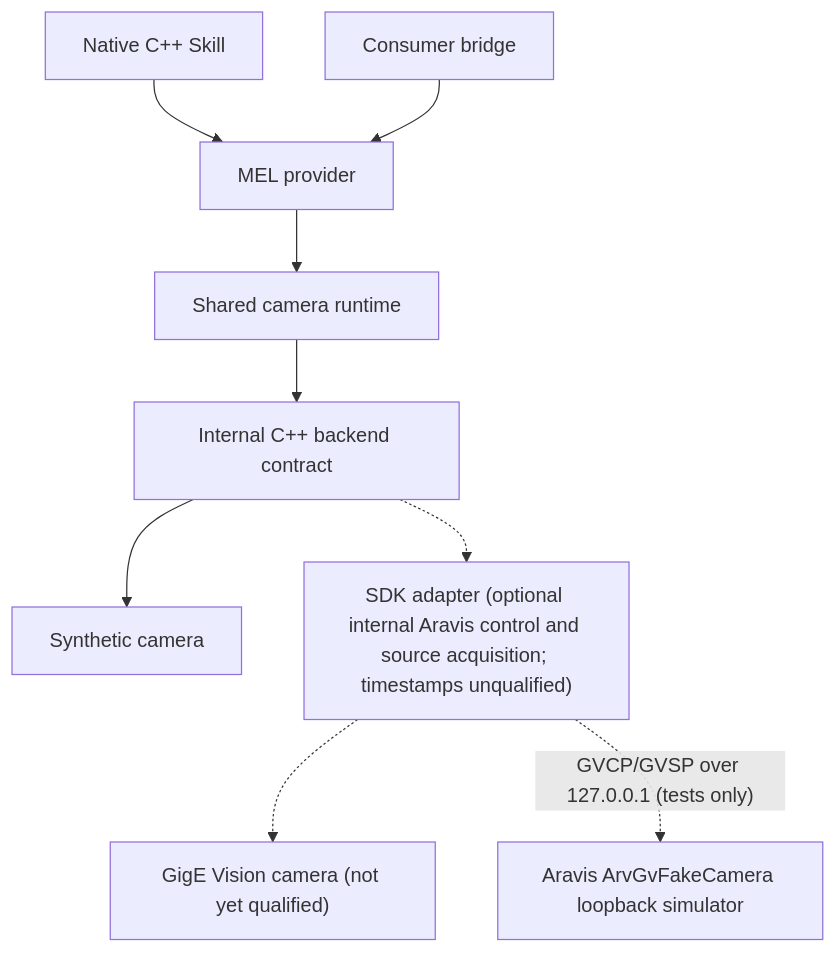
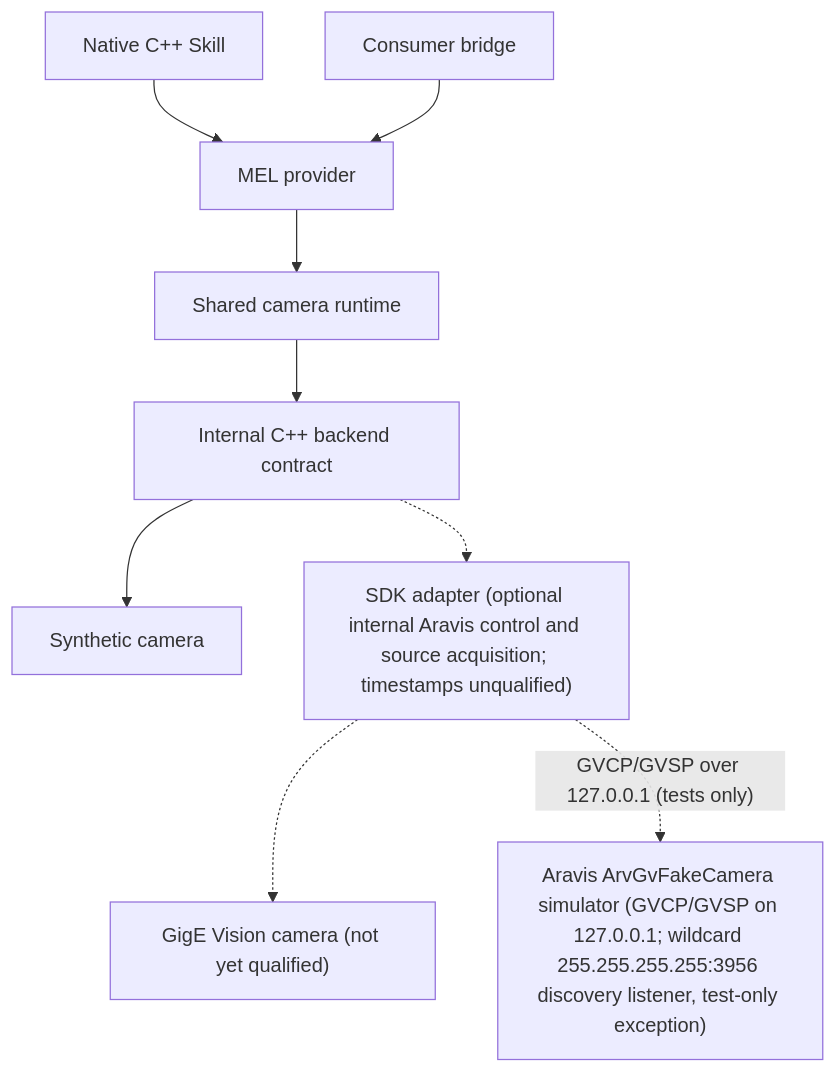
Before and after one commit to zackboll/ams-gra-gige-mel-provider: the first of 2 diagrams in docs/architecture.md, drawn with Mermaid. The commit also changed other lines of this file and 7 other files, not shown here.

````diff
--- a/docs/architecture.md
+++ b/docs/architecture.md
@@ -17,11 +17,11 @@
 ```mermaid
 flowchart TD
     Native["Native C++ Skill"] --> MEL["MEL provider"]
     Bridge["Consumer bridge"] --> MEL
     MEL --> Runtime["Shared camera runtime"]
     Runtime --> Contract["Internal C++ backend contract"]
     Contract --> Synthetic["Synthetic camera"]
     Contract -.-> SDK["SDK adapter (optional internal Aravis control and source acquisition; timestamps unqualified)"]
     SDK -.-> Camera["GigE Vision camera (not yet qualified)"]
-    SDK -. "GVCP/GVSP over 127.0.0.1 (tests only)" .-> Simulator["Aravis ArvGvFakeCamera loopback simulator"]
+    SDK -. "GVCP/GVSP over 127.0.0.1 (tests only)" .-> Simulator["Aravis ArvGvFakeCamera simulator (GVCP/GVSP on 127.0.0.1; wildcard 255.255.255.255:3956 discovery listener, test-only exception)"]
 ```
````
